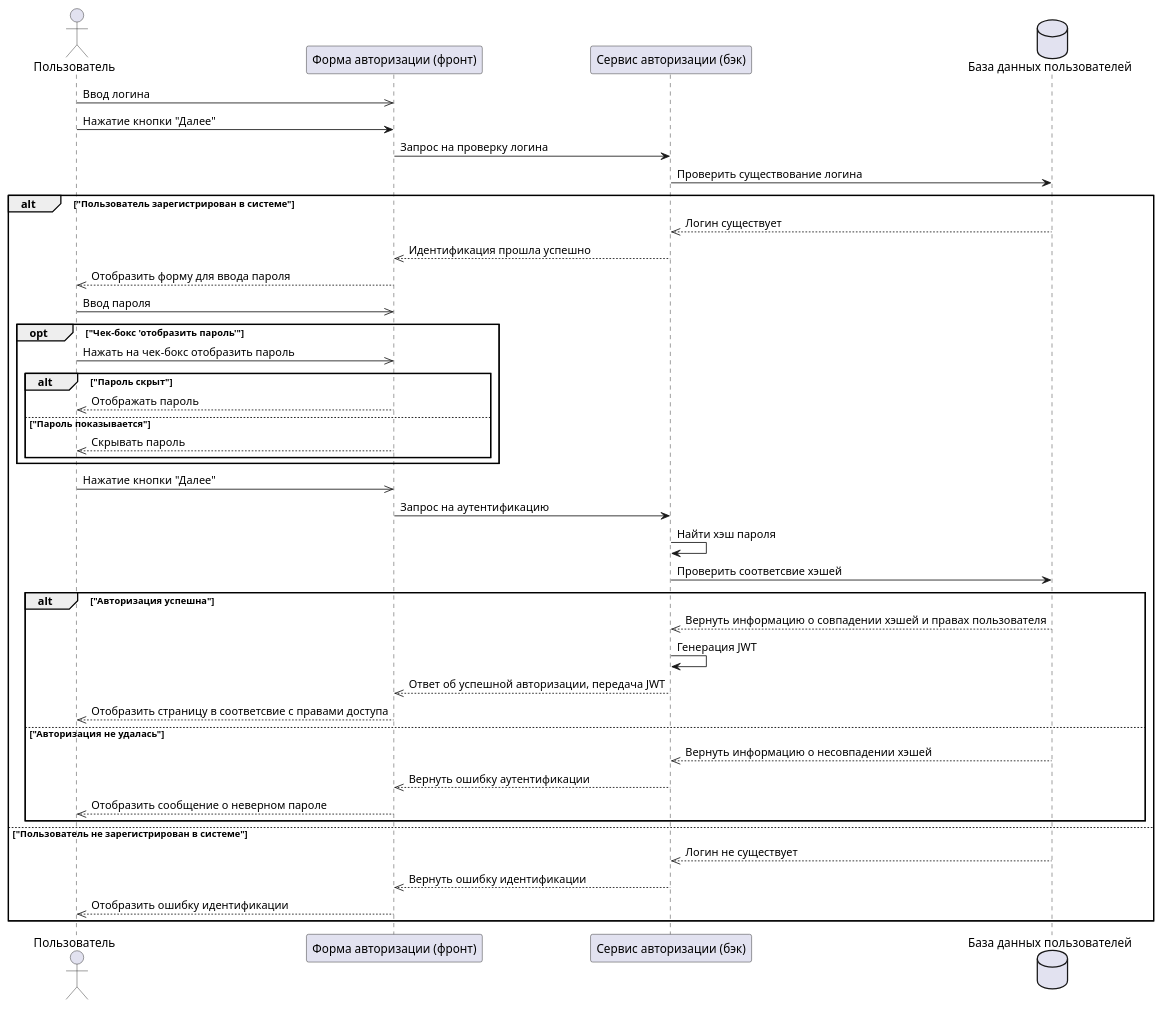
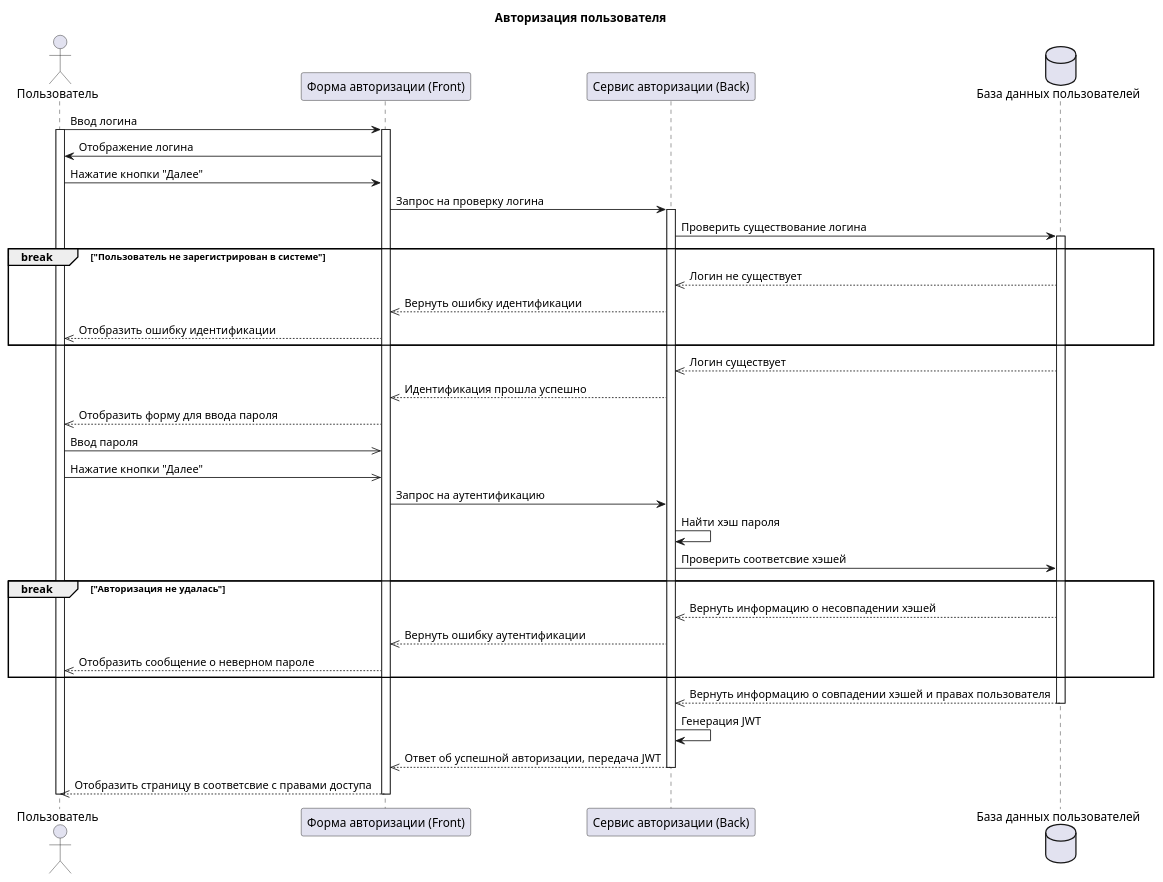
One commit to Ankeru/archive changed the diagram in Aauthorization_Sequence.puml. Above: the diagram before and after it, drawn with PlantUML.

Commit message:
Update Aauthorization_Sequence.puml
- добавил brake'и
- убрал opt-блок со скрытием пароля
- добавил таймлайны

```diff
--- a/Aauthorization_Sequence.puml
+++ b/Aauthorization_Sequence.puml
@@ -1,43 +1,36 @@
 @startuml
+title "Авторизация пользователя"
 actor Пользователь as user
-participant "Форма авторизации (фронт)" as ID_form
-participant "Сервис авторизации (бэк)" as ID_service
+participant "Форма авторизации (Front)" as ID_form
+participant "Сервис авторизации (Back)" as ID_service
 database    "База данных пользователей"    as db
-user ->> ID_form: Ввод логина
+user -> ID_form++: Ввод логина
+activate user
+user <- ID_form : Отображение логина
 user -> ID_form: Нажатие кнопки "Далее"
-ID_form-> ID_service: Запрос на проверку логина
-ID_service -> db: Проверить существование логина
-
-alt "Пользователь зарегистрирован в системе"
-   ID_service <<-- db: Логин существует
-   ID_form    <<-- ID_service: Идентификация прошла успешно
-   user <<-- ID_form: Отобразить форму для ввода пароля
-   user ->> ID_form: Ввод пароля
-   opt "Чек-бокс 'отобразить пароль'"
-     user ->> ID_form: Нажать на чек-бокс отобразить пароль
-     alt "Пароль скрыт"
-        user <<-- ID_form: Отображать пароль
-     else "Пароль показывается"
-        user <<-- ID_form: Скрывать пароль
-     end
-   end
-   user ->> ID_form: Нажатие кнопки "Далее"
-   ID_form-> ID_service: Запрос на аутентификацию
-   ID_service -> ID_service: Найти хэш пароля
-   ID_service -> db: Проверить соответсвие хэшей
-   alt "Авторизация успешна"
-      ID_service <<-- db: Вернуть информацию о совпадении хэшей и правах пользователя
-      ID_service -> ID_service: Генерация JWT
-      ID_form    <<-- ID_service: Ответ об успешной авторизации, передача JWT
-      user <<-- ID_form: Отобразить страницу в соответсвие с правами доступа
-   else "Авторизация не удалась"
-      ID_service <<-- db: Вернуть информацию о несовпадении хэшей
-      ID_form    <<-- ID_service: Вернуть ошибку аутентификации
-      user <<-- ID_form: Отобразить сообщение о неверном пароле
-   end
-else "Пользователь не зарегистрирован в системе"
+ID_form-> ID_service++: Запрос на проверку логина
+ID_service -> db++: Проверить существование логина
+Break "Пользователь не зарегистрирован в системе"
    ID_service <<-- db: Логин не существует
    ID_form    <<-- ID_service: Вернуть ошибку идентификации
    user <<-- ID_form: Отобразить ошибку идентификации
 end
+ID_service <<-- db: Логин существует
+ID_form    <<-- ID_service: Идентификация прошла успешно
+user <<-- ID_form: Отобразить форму для ввода пароля
+user ->> ID_form: Ввод пароля
+user ->> ID_form: Нажатие кнопки "Далее"
+ID_form-> ID_service: Запрос на аутентификацию
+ID_service -> ID_service: Найти хэш пароля
+ID_service -> db: Проверить соответсвие хэшей
+Break "Авторизация не удалась"
+   ID_service <<-- db: Вернуть информацию о несовпадении хэшей
+   ID_form    <<-- ID_service: Вернуть ошибку аутентификации
+   user <<-- ID_form: Отобразить сообщение о неверном пароле
+end
+ID_service <<-- db--: Вернуть информацию о совпадении хэшей и правах пользователя
+ID_service -> ID_service: Генерация JWT
+ID_form    <<-- ID_service--: Ответ об успешной авторизации, передача JWT
+user <<-- ID_form--: Отобразить страницу в соответсвие с правами доступа
+deactivate user
 @enduml
```
